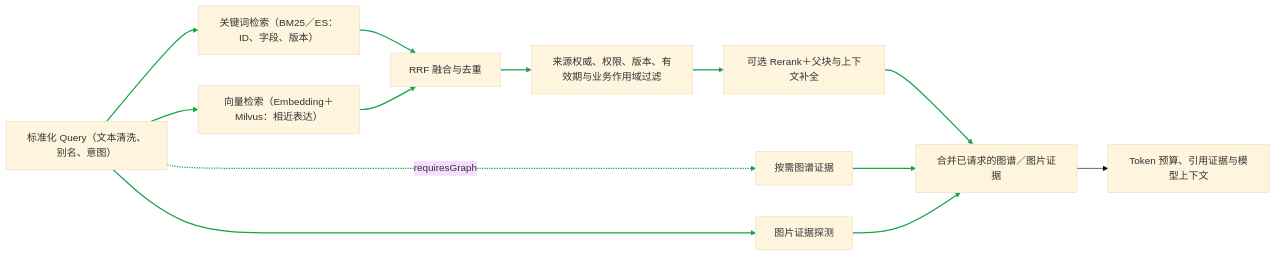
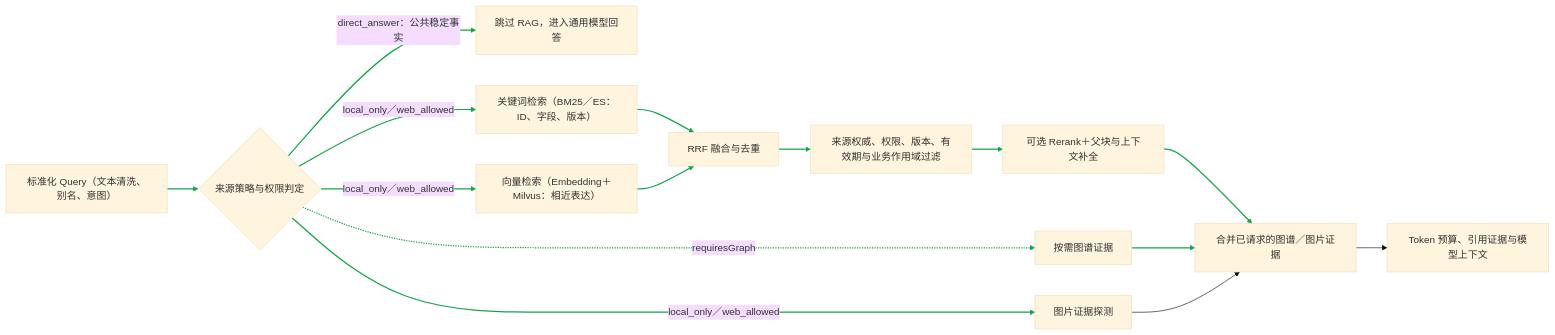
One commit to monstereatai/RAG changed diagram 14 of 29 in docs/interview/功能步骤流程.md. Above: the diagram before and after it, drawn with Mermaid (base theme). The commit also changed other lines of this file and 1 other file, not shown here.

Commit message:
docs: 校准功能流程导图与内部检索边界

````diff
--- a/docs/interview/功能步骤流程.md
+++ b/docs/interview/功能步骤流程.md
@@ -653,16 +667,18 @@
 ```mermaid
 flowchart LR
-  A[标准化 Query（文本清洗、别名、意图）] --> B[关键词检索（BM25／ES：ID、字段、版本）]
-  A --> C[向量检索（Embedding＋Milvus：相近表达）]
-  A -. requiresGraph .-> D[按需图谱证据]
-  A --> P[图片证据探测]
+  A[标准化 Query（文本清洗、别名、意图）] --> S{来源策略与权限判定}
+  S -->|direct_answer：公共稳定事实| X[跳过 RAG，进入通用模型回答]
+  S -->|local_only／web_allowed| B[关键词检索（BM25／ES：ID、字段、版本）]
+  S -->|local_only／web_allowed| C[向量检索（Embedding＋Milvus：相近表达）]
+  S -. requiresGraph .-> D[按需图谱证据]
+  S -->|local_only／web_allowed| P[图片证据探测]
   B --> E[RRF 融合与去重]
   C --> E
   E --> F[来源权威、权限、版本、有效期与业务作用域过滤]
   F --> G[可选 Rerank＋父块与上下文补全]
   G --> H[合并已请求的图谱／图片证据]
   D --> H
   P --> H
   H --> I[Token 预算、引用证据与模型上下文]
-  linkStyle 0,1,2,3,4,5,6,7,8,9,10 stroke:#16a34a,stroke-width:2px
+  linkStyle 0,1,2,3,4,5,6,7,8,9,10,11 stroke:#16a34a,stroke-width:2px
 ```
````
